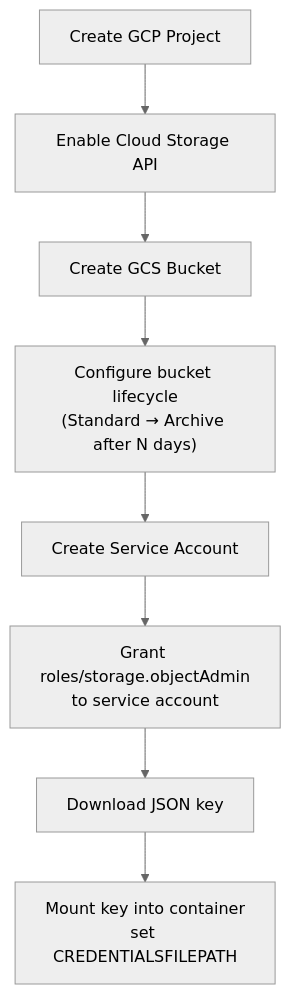
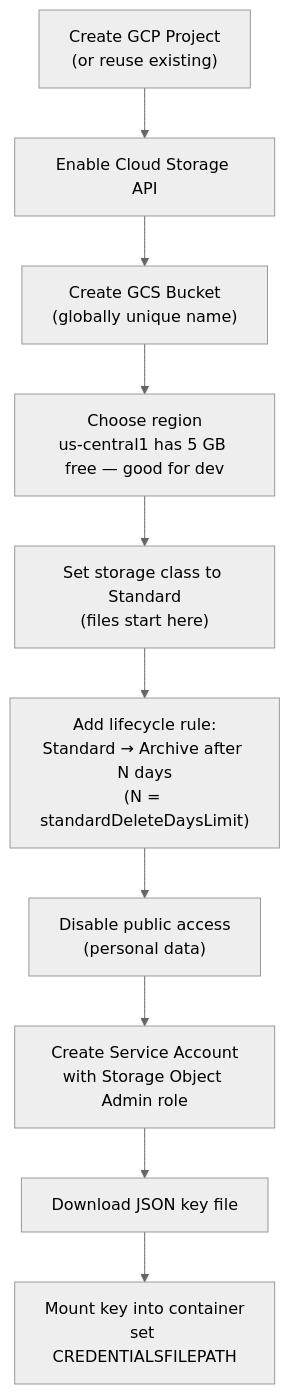
The second of 4 diagrams in docs/deployment.md (ringuerel/cloud-archiver), drawn with Mermaid (neutral theme) before and after one commit. The commit also changed other lines of this file and 5 other files, not shown here.

````diff
--- a/docs/deployment.md
+++ b/docs/deployment.md
@@ -109,10 +109,12 @@
 ```mermaid
 flowchart TD
-    A["Create GCP Project"] --> B["Enable Cloud Storage API"]
-    B --> C["Create GCS Bucket"]
-    C --> D["Configure bucket lifecycle\n(Standard → Archive after N days)"]
-    D --> E["Create Service Account"]
-    E --> F["Grant roles/storage.objectAdmin\nto service account"]
-    F --> G["Download JSON key"]
-    G --> H["Mount key into container\nset CREDENTIALSFILEPATH"]
+    A["Create GCP Project\n(or reuse existing)"] --> B["Enable Cloud Storage API"]
+    B --> C["Create GCS Bucket\n(globally unique name)"]
+    C --> D["Choose region\nus-central1 has 5 GB free — good for dev"]
+    D --> E["Set storage class to Standard\n(files start here)"]
+    E --> F["Add lifecycle rule:\nStandard → Archive after N days\n(N = standardDeleteDaysLimit)"]
+    F --> G["Disable public access\n(personal data)"]
+    G --> H["Create Service Account\nwith Storage Object Admin role"]
+    H --> I["Download JSON key file"]
+    I --> J["Mount key into container\nset CREDENTIALSFILEPATH"]
 ```
````
